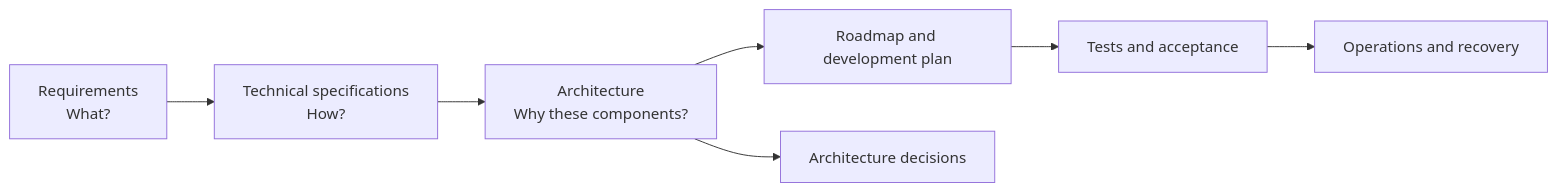
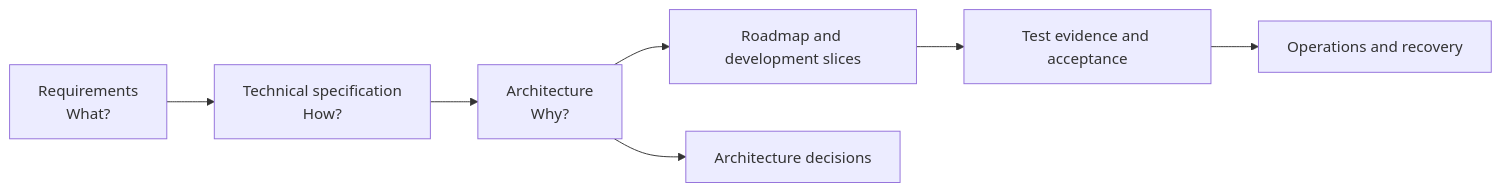
Before and after one commit to Robin-Goerlach/SASD-API-Server: the diagram in docs/README.md, drawn with Mermaid. The commit also changed other lines of this file, not shown here.

```diff
--- a/docs/README.md
+++ b/docs/README.md
@@ -11,9 +19,9 @@
 ~~~mermaid
 flowchart LR
-    R["Requirements<br/>What?"] --> S["Technical specifications<br/>How?"]
-    S --> A["Architecture<br/>Why these components?"]
-    A --> Road["Roadmap and development plan"]
-    Road --> Tests["Tests and acceptance"]
+    R["Requirements<br/>What?"] --> S["Technical specification<br/>How?"]
+    S --> A["Architecture<br/>Why?"]
+    A --> P["Roadmap and development slices"]
+    P --> T["Test evidence and acceptance"]
     A --> ADR["Architecture decisions"]
-    Tests --> Ops["Operations and recovery"]
+    T --> O["Operations and recovery"]
 ~~~
```
